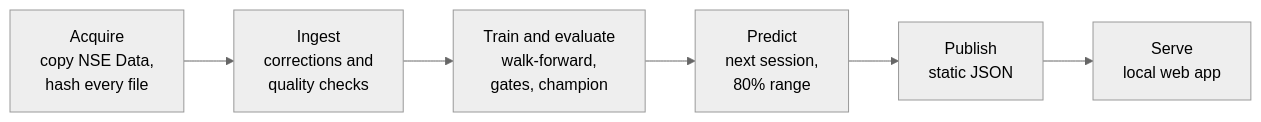
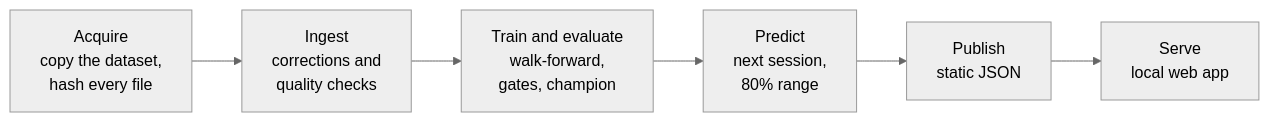
Before and after one commit to duotkuerduot/NSE-Time-Series: the diagram in README.md, drawn with Mermaid (neutral theme). The commit also changed other lines of this file and 193 other files, not shown here.

````diff
--- a/README.md
+++ b/README.md
@@ -62,8 +25,8 @@
 ```mermaid
 flowchart LR
-  A[Acquire<br/>copy NSE Data,<br/>hash every file] --> B[Ingest<br/>corrections and<br/>quality checks]
-  B --> C[Train and evaluate<br/>walk-forward,<br/>gates, champion]
-  C --> D[Predict<br/>next session,<br/>80% range]
-  D --> E[Publish<br/>static JSON]
-  E --> F[Serve<br/>local web app]
+  A["Acquire<br/>copy the dataset,<br/>hash every file"] --> B["Ingest<br/>corrections and<br/>quality checks"]
+  B --> C["Train and evaluate<br/>walk-forward,<br/>gates, champion"]
+  C --> D["Predict<br/>next session,<br/>80% range"]
+  D --> E["Publish<br/>static JSON"]
+  E --> F["Serve<br/>local web app"]
 ```
````
